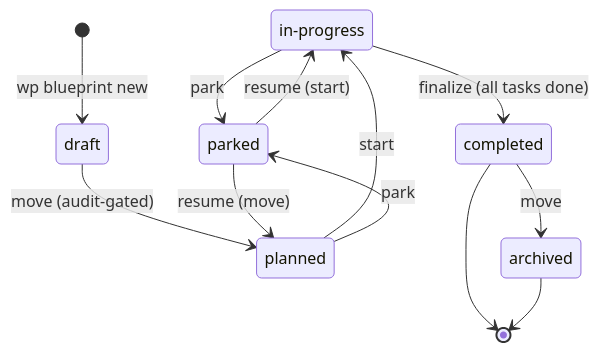
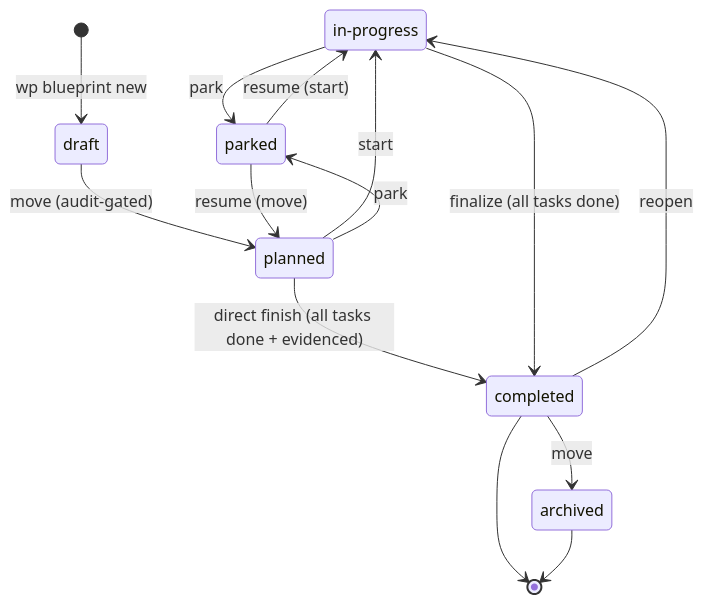
The first of 3 diagrams in docs/lifecycle.md (webpresso/agent-kit), drawn with Mermaid before and after one commit. The commit also changed other lines of this file and 10 other files, not shown here.

````diff
--- a/docs/lifecycle.md
+++ b/docs/lifecycle.md
@@ -30,15 +32,17 @@
 ```mermaid
 stateDiagram-v2
     state "in-progress" as inprog
     [*] --> draft : wp blueprint new
     draft --> planned : move (audit-gated)
     planned --> inprog : start
+    planned --> completed : direct finish (all tasks done + evidenced)
     inprog --> completed : finalize (all tasks done)
+    completed --> inprog : reopen
     completed --> archived : move
     planned --> parked : park
     inprog --> parked : park
     parked --> planned : resume (move)
     parked --> inprog : resume (start)
     completed --> [*]
     archived --> [*]
 ```
````
